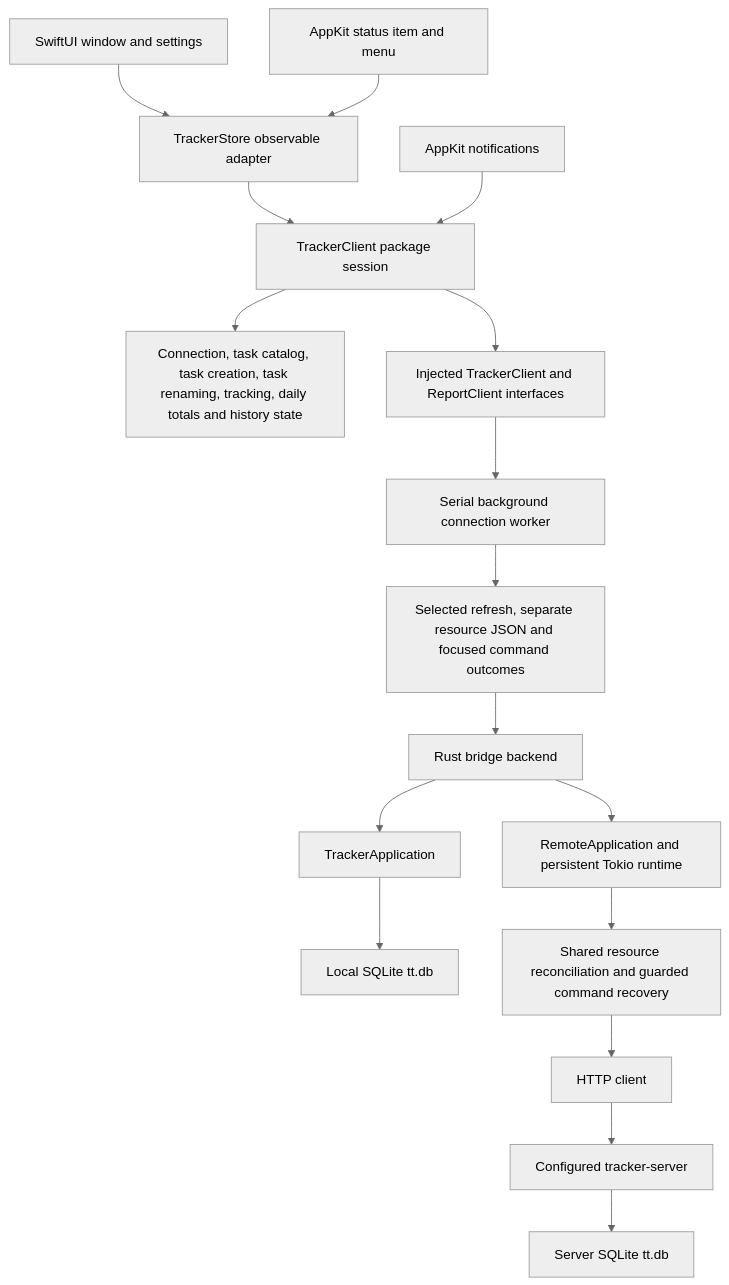
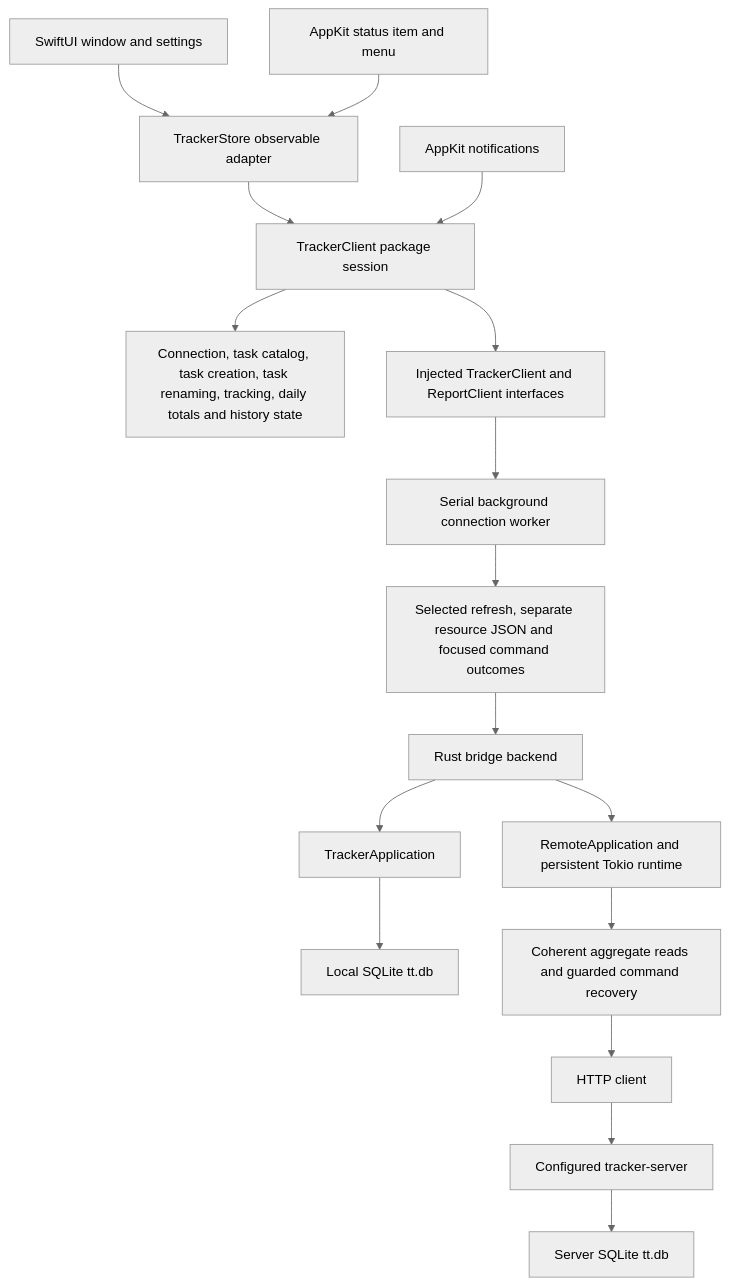
The diagram in apps/swiftui/README.md (remshams/time-tracker), drawn with Mermaid (neutral theme) before and after one commit. The commit also changed other lines of this file, not shown here.

Commit message:
docs(TimeTrackerSwiftUI): describe coherent aggregate refreshes

````diff
--- a/apps/swiftui/README.md
+++ b/apps/swiftui/README.md
@@ -269,19 +269,19 @@
 ```mermaid
 flowchart TD
     UI[SwiftUI window and settings] --> Store[TrackerStore observable adapter]
     Menu[AppKit status item and menu] --> Store
     Store --> Session[TrackerClient package session]
     Session --> Features[Connection, task catalog, task creation, task renaming, tracking, daily totals and history state]
     Lifecycle[AppKit notifications] --> Session
     Session --> Port[Injected TrackerClient and ReportClient interfaces]
     Port --> Worker[Serial background connection worker]
     Worker --> ABI[Selected refresh, separate resource JSON and focused command outcomes]
     ABI --> Backend[Rust bridge backend]
     Backend --> Local[TrackerApplication]
     Local --> DB[Local SQLite tt.db]
     Backend --> Remote[RemoteApplication and persistent Tokio runtime]
-    Remote --> Coordinator[Shared resource reconciliation and guarded command recovery]
+    Remote --> Coordinator[Coherent aggregate reads and guarded command recovery]
     Coordinator --> HTTP[HTTP client]
     HTTP --> Server[Configured tracker-server]
     Server --> ServerDB[Server SQLite tt.db]
 ```
````
